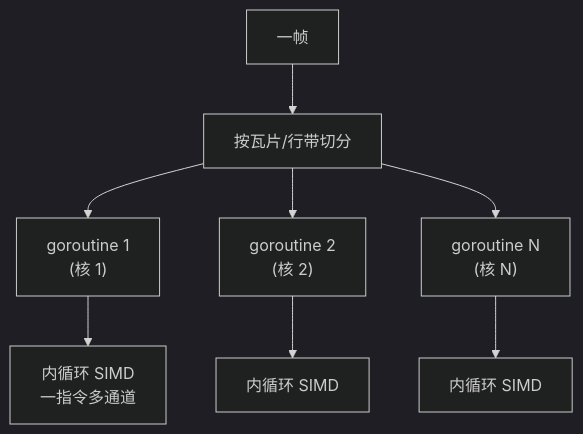
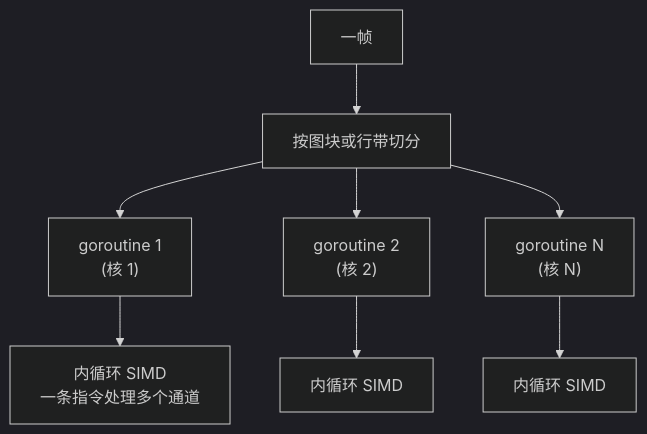
The diagram in book/zh-cn/part6hetero/ch19graphics/software.md (golang-design/under-the-hood), drawn with Mermaid (dark theme) before and after one commit. The commit also changed other lines of this file and 4 other files, not shown here.

First line of the commit message:
content(ch19): deep refresh of the graphics chapter (zh)

````diff
--- a/book/zh-cn/part6hetero/ch19graphics/software.md
+++ b/book/zh-cn/part6hetero/ch19graphics/software.md
@@ -112,10 +183,10 @@
 ```mermaid
 flowchart TB
-    frame["一帧"] --> split["按瓦片/行带切分"]
+    frame["一帧"] --> split["按图块或行带切分"]
     split --> g1["goroutine 1<br/>(核 1)"]
     split --> g2["goroutine 2<br/>(核 2)"]
     split --> gn["goroutine N<br/>(核 N)"]
-    g1 --> s1["内循环 SIMD<br/>一指令多通道"]
+    g1 --> s1["内循环 SIMD<br/>一条指令处理多个通道"]
     g2 --> s2["内循环 SIMD"]
     gn --> sn["内循环 SIMD"]
 ```
````
